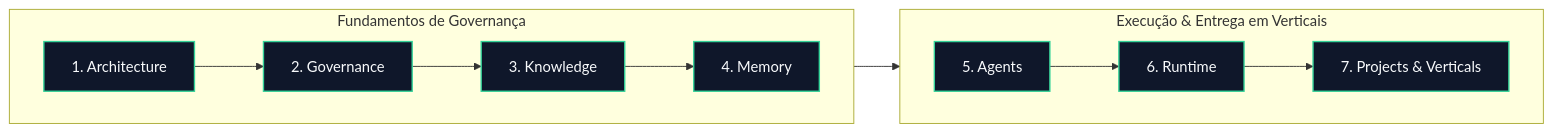
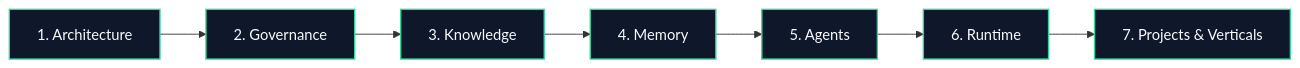
Before and after one commit to EnterDufter/PromptCoreLabs_AEOS: the second of 5 diagrams in governance/operating-model.md, drawn with Mermaid. The commit also changed other lines of this file and 1 other file, not shown here.

Commit message:
fix(rendering): restaura orientacao horizontal limpa (graph LR) e remove max-height artificial do CSS para legibilidade perfeita no Web, Mobile e PDF

````diff
--- a/governance/operating-model.md
+++ b/governance/operating-model.md
@@ -74,15 +61,6 @@
 ```mermaid
 graph LR
     classDef cap fill:#0f172a,stroke:#34d399,stroke-width:1.5px,color:#f8fafc;
 
-    subgraph C_Top["Fundamentos de Governança"]
-        direction LR
-        C1["1. Architecture"]:::cap --> C2["2. Governance"]:::cap --> C3["3. Knowledge"]:::cap --> C4["4. Memory"]:::cap
-    end
-    subgraph C_Bot["Execução & Entrega em Verticais"]
-        direction LR
-        C5["5. Agents"]:::cap --> C6["6. Runtime"]:::cap --> C7["7. Projects & Verticals"]:::cap
-    end
-
-    C_Top --> C_Bot
+    C1["1. Architecture"]:::cap --> C2["2. Governance"]:::cap --> C3["3. Knowledge"]:::cap --> C4["4. Memory"]:::cap --> C5["5. Agents"]:::cap --> C6["6. Runtime"]:::cap --> C7["7. Projects & Verticals"]:::cap
 ```
````
